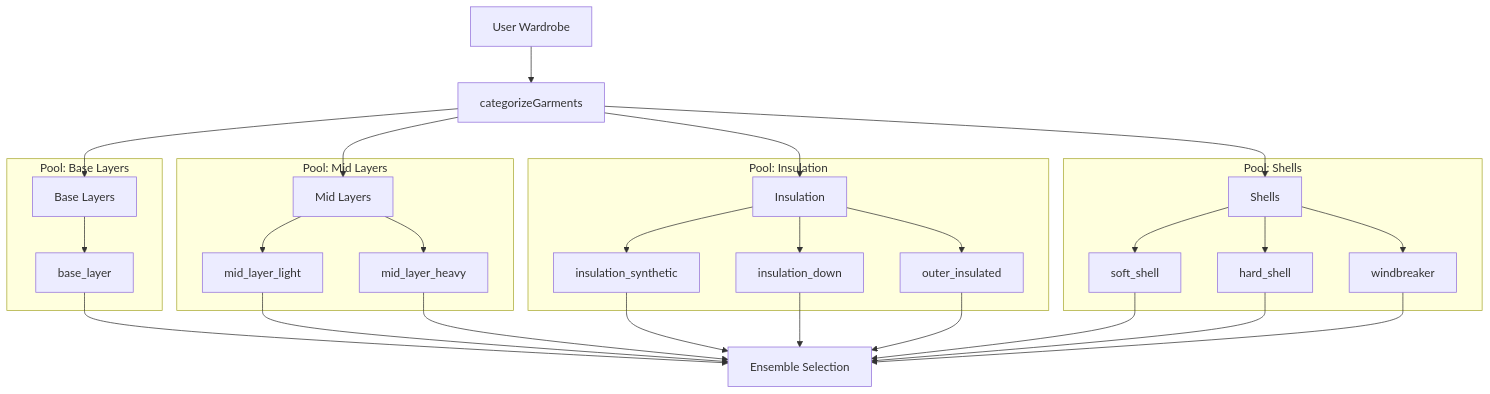
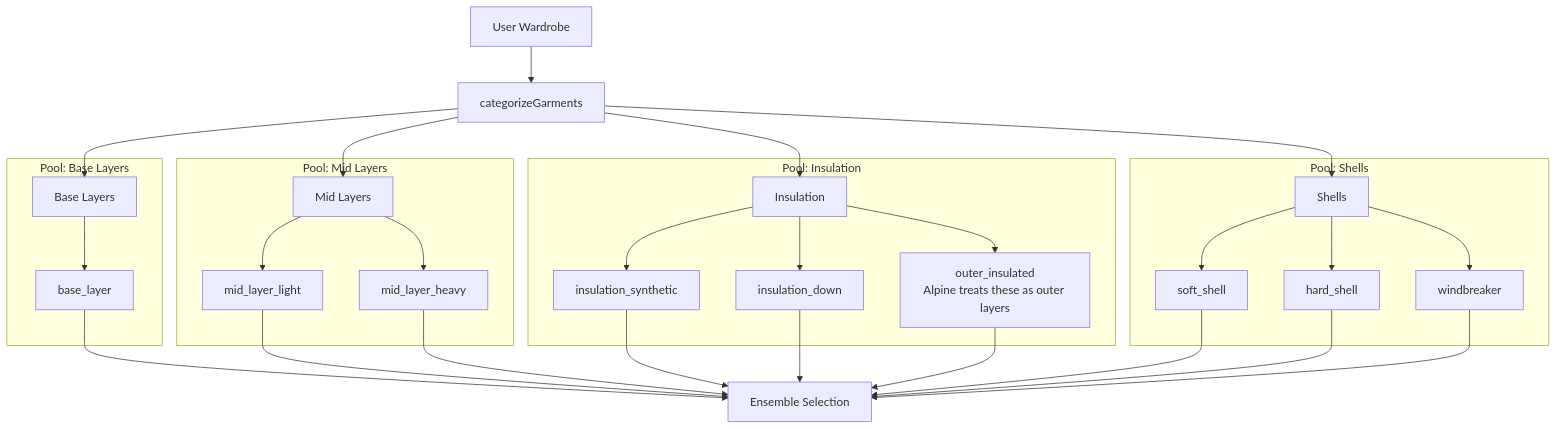
One commit to derobertsw/swttr changed the second of 6 diagrams in README.md. Above: the diagram before and after it, drawn with Mermaid. The commit also changed other lines of this file and 6 other files, not shown here.

````diff
--- a/README.md
+++ b/README.md
@@ -83,40 +83,40 @@
 ```mermaid
 graph TD
     W[User Wardrobe] --> CAT[categorizeGarments]
 
     CAT --> BL[Base Layers]
     CAT --> ML[Mid Layers]
     CAT --> INS[Insulation]
     CAT --> SH[Shells]
 
     subgraph "Pool: Base Layers"
         BL --> BL1[base_layer]
     end
 
     subgraph "Pool: Mid Layers"
         ML --> ML1[mid_layer_light]
         ML --> ML2[mid_layer_heavy]
     end
 
     subgraph "Pool: Insulation"
         INS --> INS1[insulation_synthetic]
         INS --> INS2[insulation_down]
-        INS --> INS3[outer_insulated]
+        INS --> INS3[outer_insulated<br/>Alpine treats these as outer layers]
     end
 
     subgraph "Pool: Shells"
         SH --> SH1[soft_shell]
         SH --> SH2[hard_shell]
         SH --> SH3[windbreaker]
     end
 
     BL1 --> SEL[Ensemble Selection]
     ML1 --> SEL
     ML2 --> SEL
     INS1 --> SEL
     INS2 --> SEL
     INS3 --> SEL
     SH1 --> SEL
     SH2 --> SEL
     SH3 --> SEL
 ```
````
